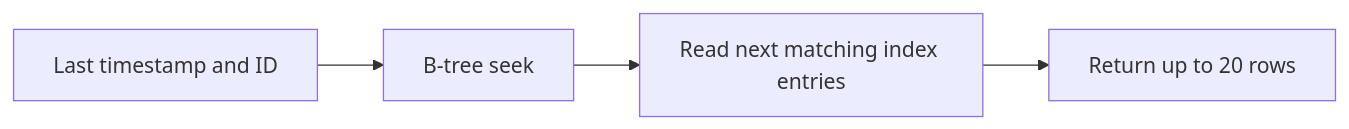
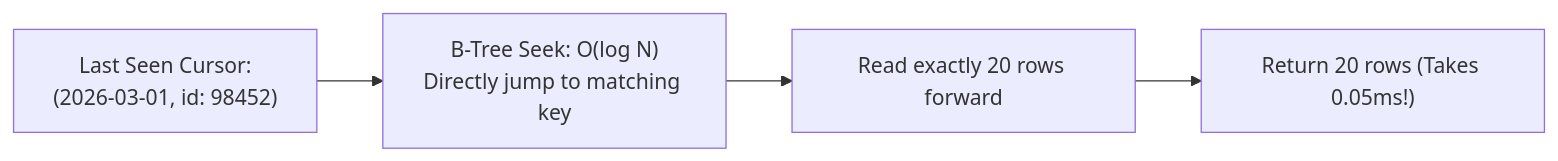
Before and after one commit to weaponxwolf/backend-engineering-mastry: the fourth of 4 diagrams in docs/database/database-performance-mastery.mdx, drawn with Mermaid. The commit also changed other lines of this file and 14 other files, not shown here.

Commit message:
docs: refactor and expand JPA and Hibernate architecture guide with physical memory and performance insights

````diff
--- a/docs/database/database-performance-mastery.mdx
+++ b/docs/database/database-performance-mastery.mdx
@@ -251,6 +219,6 @@
 ```mermaid
 flowchart LR
-    Cursor[Last timestamp and ID] --> Seek[B-tree seek]
-    Seek --> Scan[Read next matching index entries]
-    Scan --> Page[Return up to 20 rows]
+    Cursor["Last Seen Cursor:<br/>(2026-03-01, id: 98452)"] --> Seek["B-Tree Seek: O(log N)<br/>Directly jump to matching key"]
+    Seek --> Read["Read exactly 20 rows forward"]
+    Read --> Done["Return 20 rows (Takes 0.05ms!)"]
 ```
````
